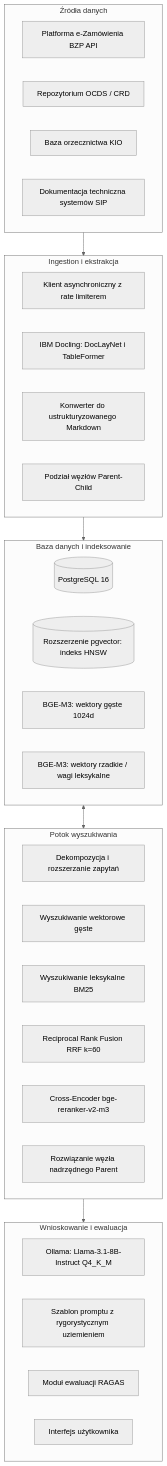
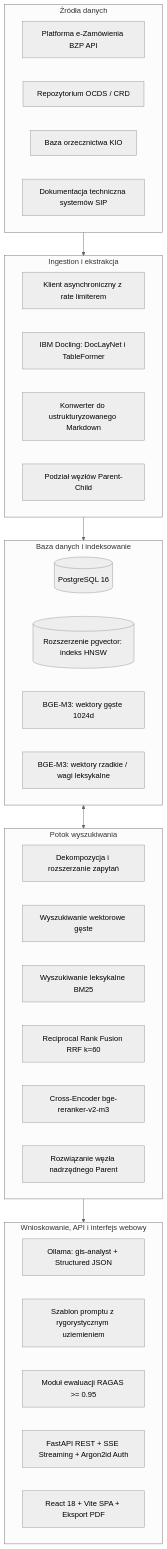
One commit to kacperszczudlo/GisMarketIntelligenceAi changed the diagram in docs/architecture/system-overview.md. Above: the diagram before and after it, drawn with Mermaid (neutral theme). The commit also changed 3 other files, not shown here.

Commit message:
docs: update README and architecture/setup docs for FastAPI and React SPA

````diff
--- a/docs/architecture/system-overview.md
+++ b/docs/architecture/system-overview.md
@@ -23,44 +23,45 @@
 ```mermaid
 graph TD
     subgraph DataSources [Źródła danych]
         DS1[Platforma e-Zamówienia BZP API]
         DS2[Repozytorium OCDS / CRD]
         DS3[Baza orzecznictwa KIO]
         DS4[Dokumentacja techniczna systemów SIP]
     end
 
     subgraph IngestionParsing [Ingestion i ekstrakcja]
         IP1[Klient asynchroniczny z rate limiterem]
         IP2[IBM Docling: DocLayNet i TableFormer]
         IP3[Konwerter do ustrukturyzowanego Markdown]
         IP4[Podział węzłów Parent-Child]
     end
 
     subgraph StorageIndex [Baza danych i indeksowanie]
         SI1[(PostgreSQL 16)]
         SI2[(Rozszerzenie pgvector: indeks HNSW)]
         SI3[BGE-M3: wektory gęste 1024d]
         SI4[BGE-M3: wektory rzadkie / wagi leksykalne]
     end
 
     subgraph QueryPipeline [Potok wyszukiwania]
         QP1[Dekompozycja i rozszerzanie zapytań]
         QP2[Wyszukiwanie wektorowe gęste]
         QP3[Wyszukiwanie leksykalne BM25]
         QP4[Reciprocal Rank Fusion RRF k=60]
         QP5[Cross-Encoder bge-reranker-v2-m3]
         QP6[Rozwiązanie węzła nadrzędnego Parent]
     end
 
-    subgraph InferenceAndEval [Wnioskowanie i ewaluacja]
-        IE1[Ollama: Llama-3.1-8B-Instruct Q4_K_M]
+    subgraph InferenceAndEval [Wnioskowanie, API i interfejs webowy]
+        IE1[Ollama: gis-analyst + Structured JSON]
         IE2[Szablon promptu z rygorystycznym uziemieniem]
-        IE3[Moduł ewaluacji RAGAS]
-        IE4[Interfejs użytkownika]
+        IE3[Moduł ewaluacji RAGAS >= 0.95]
+        IE4[FastAPI REST + SSE Streaming + Argon2id Auth]
+        IE5[React 18 + Vite SPA + Eksport PDF]
     end
 
     DataSources --> IngestionParsing
     IngestionParsing --> StorageIndex
     StorageIndex <--> QueryPipeline
     QueryPipeline --> InferenceAndEval
 ```
````
